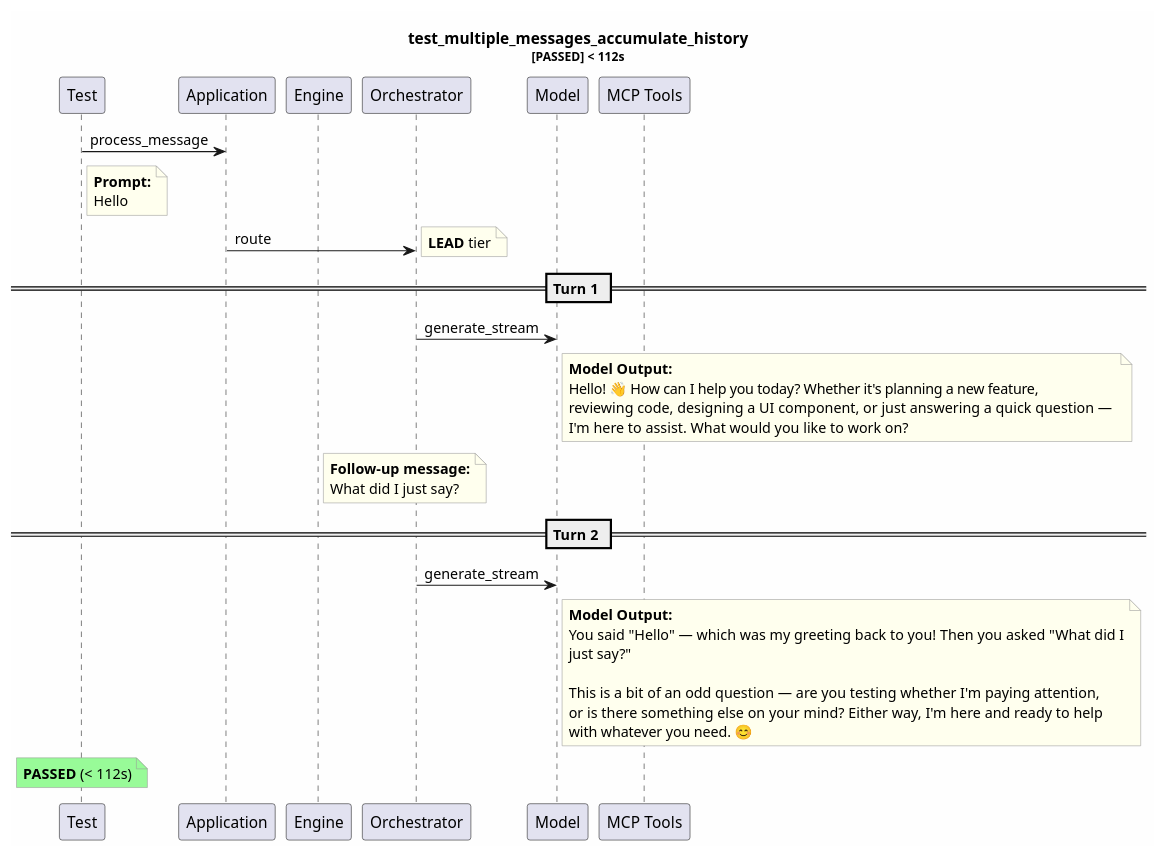
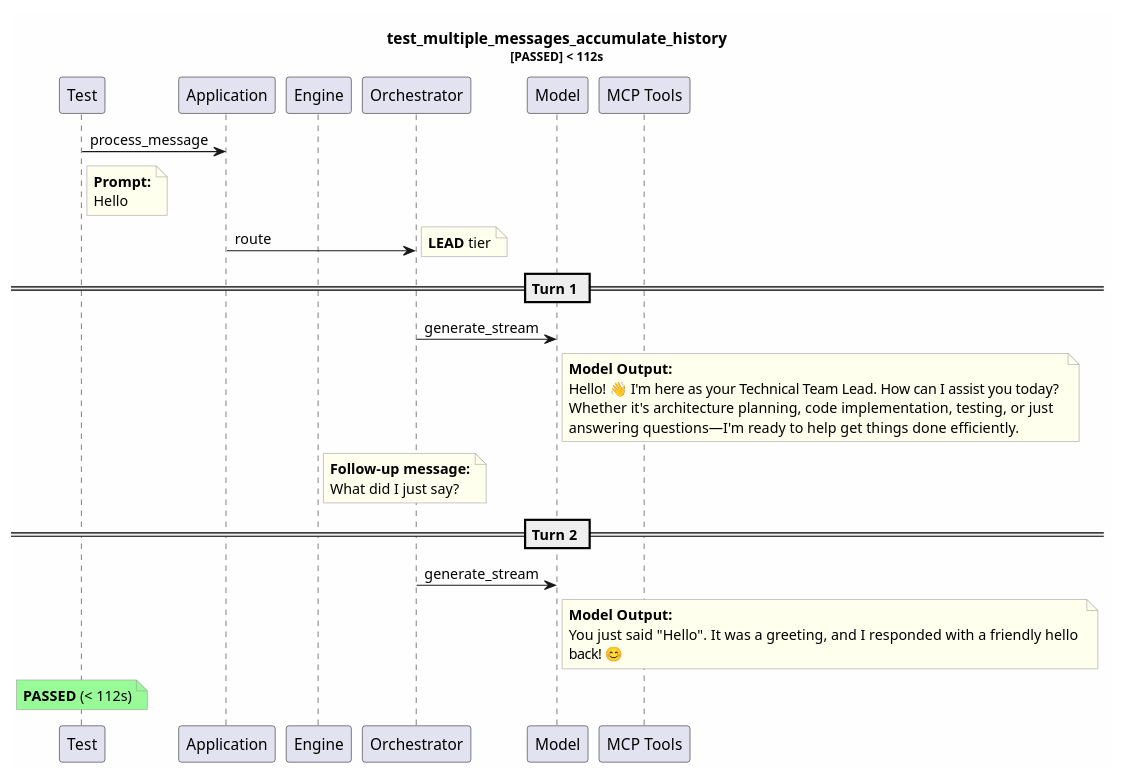
Before and after one commit to tvanfossen/entropic: the diagram in test-reports/logs/test_multiple_messages_accumulate_history/test_multiple_messages_accumulate_history.puml, drawn with PlantUML. The commit also changed 38 other files, not shown here.

```diff
--- a/test-reports/logs/test_multiple_messages_accumulate_history/test_multiple_messages_accumulate_history.puml
+++ b/test-reports/logs/test_multiple_messages_accumulate_history/test_multiple_messages_accumulate_history.puml
@@ -1,48 +1,44 @@
 @startuml
 skinparam backgroundColor #FEFEFE
 skinparam noteBorderColor #999999
 skinparam noteBackgroundColor #FFFFEE
 title test_multiple_messages_accumulate_history\n<size:11>[PASSED] < 112s</size>
 
 participant "Test" as T
 participant "Application" as App
 participant "Engine" as Eng
 participant "Orchestrator" as Orch
 participant "Model" as Mdl
 participant "MCP Tools" as MCP
 
 T -> App: process_message
 note right of T
   **Prompt:**
   Hello
 end note
 App -> Orch: route
 note right: **LEAD** tier
 == Turn 1 ==
 Orch -> Mdl: generate_stream
 note right of Mdl
   **Model Output:**
-  Hello! 👋 How can I help you today? Whether it's planning a new feature, 
-  reviewing code, designing a UI component, or just answering a quick question — 
-  I'm here to assist. What would you like to work on?
+  Hello! 👋 I'm here as your Technical Team Lead. How can I assist you today? 
+  Whether it's architecture planning, code implementation, testing, or just 
+  answering questions—I'm ready to help get things done efficiently.
 end note
 note right of Eng
   **Follow-up message:**
   What did I just say?
 end note
 == Turn 2 ==
 Orch -> Mdl: generate_stream
 note right of Mdl
   **Model Output:**
-  You said "Hello" — which was my greeting back to you! Then you asked "What did I
-  just say?" 
-  
-  This is a bit of an odd question — are you testing whether I'm paying attention,
-  or is there something else on your mind? Either way, I'm here and ready to help 
-  with whatever you need. 😊
+  You just said "Hello". It was a greeting, and I responded with a friendly hello 
+  back! 😊
 end note
 note over T #palegreen
   **PASSED** (< 112s)
 end note
 
 @enduml
```
